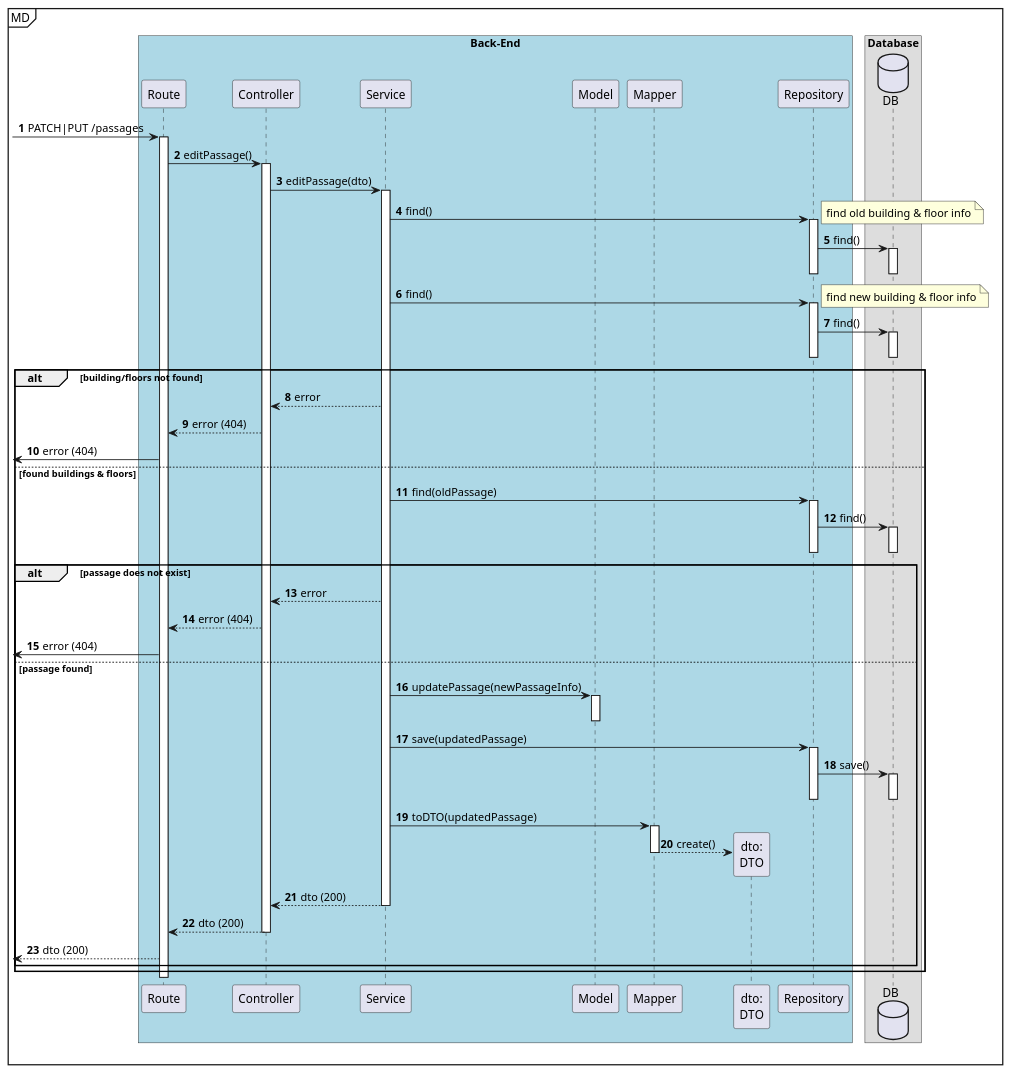
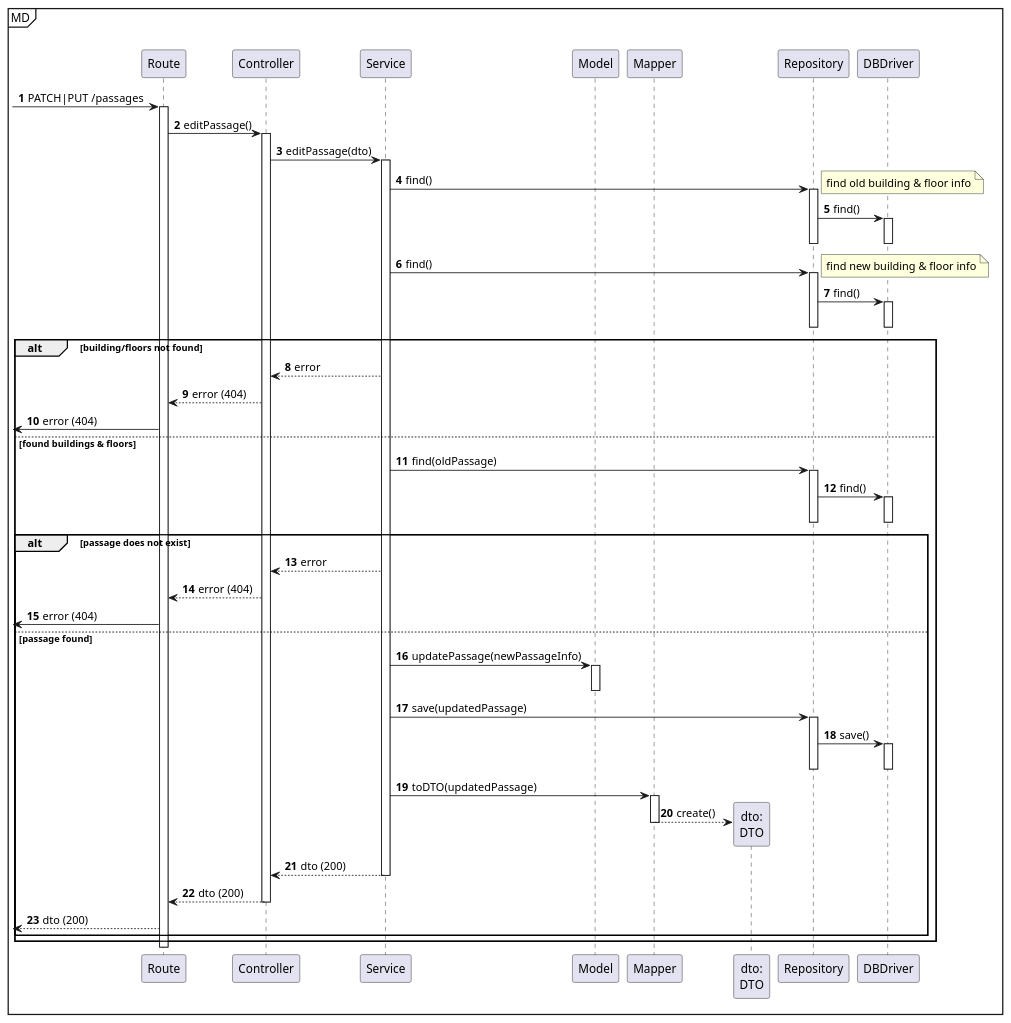
The diagram in docs/us250/level3/process-view.puml (Departamento-de-Engenharia-Informatica/lapr5-23-24-g19), drawn with PlantUML before and after one commit. The commit also changed 5 other files, not shown here.

```diff
--- a/docs/us250/level3/process-view.puml
+++ b/docs/us250/level3/process-view.puml
@@ -1,95 +1,91 @@
 @startuml
 autonumber
 
 mainframe MD
 
-box "Back-End" #LightBlue
-    participant "Route" as rt
-    participant "Controller" as ctrl
-    participant "Service" as svc
-    participant "Model" as model
+participant "Route" as rt
+participant "Controller" as ctrl
+participant "Service" as svc
+participant "Model" as model
 
-    participant "Mapper" as mapper
-    participant "dto:\nDTO" as dto
+participant "Mapper" as mapper
+participant "dto:\nDTO" as dto
 
-    participant "Repository" as repo
-end box
+participant "Repository" as repo
 
-box "Database"
-    database "DB" as db
-end box
+participant "DBDriver" as db
 
 [-> rt : PATCH|PUT /passages
 
 activate rt
     rt -> ctrl : editPassage()
 
     activate ctrl
         ctrl -> svc : editPassage(dto)
 
         activate svc
             svc -> repo : find()
             note right : find old building & floor info
             activate repo
                 repo -> db : find()
                 activate db
                 deactivate db
             deactivate repo
 
             svc -> repo : find()
             note right : find new building & floor info
             activate repo
                 repo -> db : find()
                 activate db
                 deactivate db
             deactivate repo
 
             alt building/floors not found
                 svc --> ctrl : error
                 ctrl --> rt : error (404)
                 [<- rt : error (404)
             else found buildings & floors
 
             svc -> repo : find(oldPassage)
 
             activate repo
                 repo -> db : find()
                 activate db
                 deactivate db
             deactivate repo
 
             alt passage does not exist
                 svc --> ctrl : error
                 ctrl --> rt : error (404)
                 [<- rt : error (404)
             else passage found
 
 
             svc -> model : updatePassage(newPassageInfo)
             activate model
             deactivate model
 
             svc -> repo : save(updatedPassage)
             activate repo
                 repo -> db : save()
                 activate db
                 deactivate db
             deactivate repo
 
             svc -> mapper : toDTO(updatedPassage)
             activate mapper
                 mapper --> dto **: create()
             deactivate mapper
 
             svc --> ctrl : dto (200)
         deactivate svc
 
         ctrl --> rt : dto (200)
     deactivate ctrl
 
     [<-- rt : dto (200)
     end
     end
 deactivate rt
 
 @enduml
```
